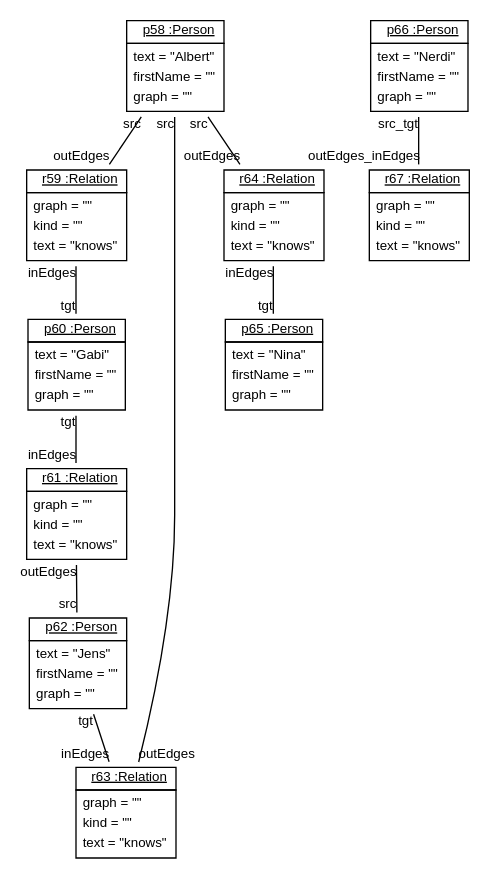
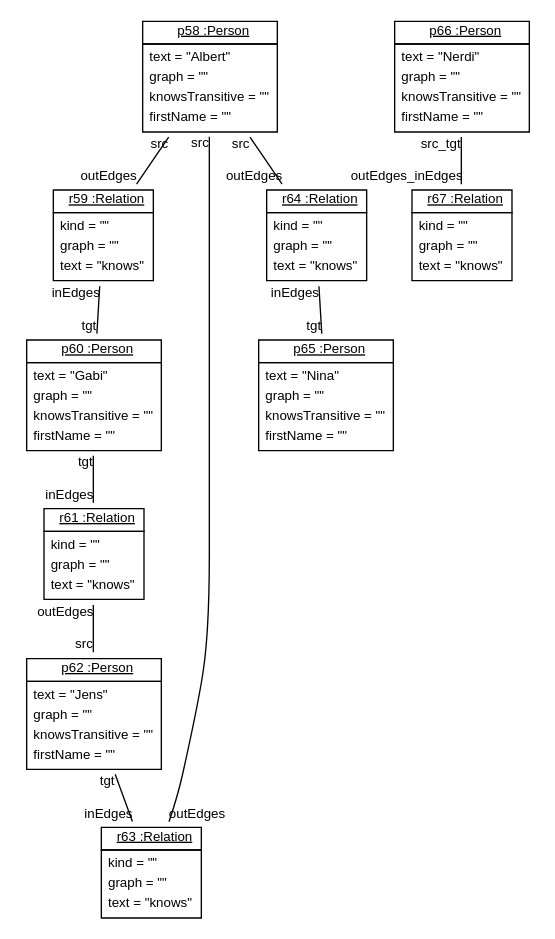
The diagram in doc/BanfM2MTransformation20.dot (fujaba/SDMLib), drawn with Graphviz before and after one commit. The commit also changed 222 other files, not shown here.

```diff
--- a/doc/BanfM2MTransformation20.dot
+++ b/doc/BanfM2MTransformation20.dot
@@ -1,26 +1,26 @@
 graph ObjectDiagram {
    node [shape = none, fontsize = 10, fontname = "Arial"];
    edge [fontsize = 10, fontname = "Arial"];
    compound=true;
 
-p58 [label=<<table border='0' cellborder='1' cellspacing='0'> <tr> <td href="../examples/org/sdmlib/examples/m2m/Person.java"> <u>p58 :Person</u></td></tr><tr><td><table border='0' cellborder='0' cellspacing='0'><tr><td align='left'>text = "Albert"</td></tr><tr><td align='left'>firstName = ""</td></tr><tr><td align='left'>graph = ""</td></tr></table></td></tr></table>>];
-r59 [label=<<table border='0' cellborder='1' cellspacing='0'> <tr> <td href="../examples/org/sdmlib/examples/m2m/Relation.java"> <u>r59 :Relation</u></td></tr><tr><td><table border='0' cellborder='0' cellspacing='0'><tr><td align='left'>graph = ""</td></tr><tr><td align='left'>kind = ""</td></tr><tr><td align='left'>text = "knows"</td></tr></table></td></tr></table>>];
-p60 [label=<<table border='0' cellborder='1' cellspacing='0'> <tr> <td href="../examples/org/sdmlib/examples/m2m/Person.java"> <u>p60 :Person</u></td></tr><tr><td><table border='0' cellborder='0' cellspacing='0'><tr><td align='left'>text = "Gabi"</td></tr><tr><td align='left'>firstName = ""</td></tr><tr><td align='left'>graph = ""</td></tr></table></td></tr></table>>];
-r61 [label=<<table border='0' cellborder='1' cellspacing='0'> <tr> <td href="../examples/org/sdmlib/examples/m2m/Relation.java"> <u>r61 :Relation</u></td></tr><tr><td><table border='0' cellborder='0' cellspacing='0'><tr><td align='left'>graph = ""</td></tr><tr><td align='left'>kind = ""</td></tr><tr><td align='left'>text = "knows"</td></tr></table></td></tr></table>>];
-p62 [label=<<table border='0' cellborder='1' cellspacing='0'> <tr> <td href="../examples/org/sdmlib/examples/m2m/Person.java"> <u>p62 :Person</u></td></tr><tr><td><table border='0' cellborder='0' cellspacing='0'><tr><td align='left'>text = "Jens"</td></tr><tr><td align='left'>firstName = ""</td></tr><tr><td align='left'>graph = ""</td></tr></table></td></tr></table>>];
-r63 [label=<<table border='0' cellborder='1' cellspacing='0'> <tr> <td href="../examples/org/sdmlib/examples/m2m/Relation.java"> <u>r63 :Relation</u></td></tr><tr><td><table border='0' cellborder='0' cellspacing='0'><tr><td align='left'>graph = ""</td></tr><tr><td align='left'>kind = ""</td></tr><tr><td align='left'>text = "knows"</td></tr></table></td></tr></table>>];
-r64 [label=<<table border='0' cellborder='1' cellspacing='0'> <tr> <td href="../examples/org/sdmlib/examples/m2m/Relation.java"> <u>r64 :Relation</u></td></tr><tr><td><table border='0' cellborder='0' cellspacing='0'><tr><td align='left'>graph = ""</td></tr><tr><td align='left'>kind = ""</td></tr><tr><td align='left'>text = "knows"</td></tr></table></td></tr></table>>];
-p65 [label=<<table border='0' cellborder='1' cellspacing='0'> <tr> <td href="../examples/org/sdmlib/examples/m2m/Person.java"> <u>p65 :Person</u></td></tr><tr><td><table border='0' cellborder='0' cellspacing='0'><tr><td align='left'>text = "Nina"</td></tr><tr><td align='left'>firstName = ""</td></tr><tr><td align='left'>graph = ""</td></tr></table></td></tr></table>>];
-p66 [label=<<table border='0' cellborder='1' cellspacing='0'> <tr> <td href="../examples/org/sdmlib/examples/m2m/Person.java"> <u>p66 :Person</u></td></tr><tr><td><table border='0' cellborder='0' cellspacing='0'><tr><td align='left'>text = "Nerdi"</td></tr><tr><td align='left'>firstName = ""</td></tr><tr><td align='left'>graph = ""</td></tr></table></td></tr></table>>];
-r67 [label=<<table border='0' cellborder='1' cellspacing='0'> <tr> <td href="../examples/org/sdmlib/examples/m2m/Relation.java"> <u>r67 :Relation</u></td></tr><tr><td><table border='0' cellborder='0' cellspacing='0'><tr><td align='left'>graph = ""</td></tr><tr><td align='left'>kind = ""</td></tr><tr><td align='left'>text = "knows"</td></tr></table></td></tr></table>>];
+p58 [label=<<table border='0' cellborder='1' cellspacing='0'> <tr> <td href="../examples/org/sdmlib/examples/m2m/Person.java"> <u>p58 :Person</u></td></tr><tr><td><table border='0' cellborder='0' cellspacing='0'><tr><td align='left'>text = "Albert"</td></tr><tr><td align='left'>graph = ""</td></tr><tr><td align='left'>knowsTransitive = ""</td></tr><tr><td align='left'>firstName = ""</td></tr></table></td></tr></table>>];
+r59 [label=<<table border='0' cellborder='1' cellspacing='0'> <tr> <td href="../examples/org/sdmlib/examples/m2m/Relation.java"> <u>r59 :Relation</u></td></tr><tr><td><table border='0' cellborder='0' cellspacing='0'><tr><td align='left'>kind = ""</td></tr><tr><td align='left'>graph = ""</td></tr><tr><td align='left'>text = "knows"</td></tr></table></td></tr></table>>];
+p60 [label=<<table border='0' cellborder='1' cellspacing='0'> <tr> <td href="../examples/org/sdmlib/examples/m2m/Person.java"> <u>p60 :Person</u></td></tr><tr><td><table border='0' cellborder='0' cellspacing='0'><tr><td align='left'>text = "Gabi"</td></tr><tr><td align='left'>graph = ""</td></tr><tr><td align='left'>knowsTransitive = ""</td></tr><tr><td align='left'>firstName = ""</td></tr></table></td></tr></table>>];
+r61 [label=<<table border='0' cellborder='1' cellspacing='0'> <tr> <td href="../examples/org/sdmlib/examples/m2m/Relation.java"> <u>r61 :Relation</u></td></tr><tr><td><table border='0' cellborder='0' cellspacing='0'><tr><td align='left'>kind = ""</td></tr><tr><td align='left'>graph = ""</td></tr><tr><td align='left'>text = "knows"</td></tr></table></td></tr></table>>];
+p62 [label=<<table border='0' cellborder='1' cellspacing='0'> <tr> <td href="../examples/org/sdmlib/examples/m2m/Person.java"> <u>p62 :Person</u></td></tr><tr><td><table border='0' cellborder='0' cellspacing='0'><tr><td align='left'>text = "Jens"</td></tr><tr><td align='left'>graph = ""</td></tr><tr><td align='left'>knowsTransitive = ""</td></tr><tr><td align='left'>firstName = ""</td></tr></table></td></tr></table>>];
+r63 [label=<<table border='0' cellborder='1' cellspacing='0'> <tr> <td href="../examples/org/sdmlib/examples/m2m/Relation.java"> <u>r63 :Relation</u></td></tr><tr><td><table border='0' cellborder='0' cellspacing='0'><tr><td align='left'>kind = ""</td></tr><tr><td align='left'>graph = ""</td></tr><tr><td align='left'>text = "knows"</td></tr></table></td></tr></table>>];
+r64 [label=<<table border='0' cellborder='1' cellspacing='0'> <tr> <td href="../examples/org/sdmlib/examples/m2m/Relation.java"> <u>r64 :Relation</u></td></tr><tr><td><table border='0' cellborder='0' cellspacing='0'><tr><td align='left'>kind = ""</td></tr><tr><td align='left'>graph = ""</td></tr><tr><td align='left'>text = "knows"</td></tr></table></td></tr></table>>];
+p65 [label=<<table border='0' cellborder='1' cellspacing='0'> <tr> <td href="../examples/org/sdmlib/examples/m2m/Person.java"> <u>p65 :Person</u></td></tr><tr><td><table border='0' cellborder='0' cellspacing='0'><tr><td align='left'>text = "Nina"</td></tr><tr><td align='left'>graph = ""</td></tr><tr><td align='left'>knowsTransitive = ""</td></tr><tr><td align='left'>firstName = ""</td></tr></table></td></tr></table>>];
+p66 [label=<<table border='0' cellborder='1' cellspacing='0'> <tr> <td href="../examples/org/sdmlib/examples/m2m/Person.java"> <u>p66 :Person</u></td></tr><tr><td><table border='0' cellborder='0' cellspacing='0'><tr><td align='left'>text = "Nerdi"</td></tr><tr><td align='left'>graph = ""</td></tr><tr><td align='left'>knowsTransitive = ""</td></tr><tr><td align='left'>firstName = ""</td></tr></table></td></tr></table>>];
+r67 [label=<<table border='0' cellborder='1' cellspacing='0'> <tr> <td href="../examples/org/sdmlib/examples/m2m/Relation.java"> <u>r67 :Relation</u></td></tr><tr><td><table border='0' cellborder='0' cellspacing='0'><tr><td align='left'>kind = ""</td></tr><tr><td align='left'>graph = ""</td></tr><tr><td align='left'>text = "knows"</td></tr></table></td></tr></table>>];
 
 p58 -- r59 [headlabel = "outEdges" taillabel = "src"];
 p58 -- r63 [headlabel = "outEdges" taillabel = "src"];
 p58 -- r64 [headlabel = "outEdges" taillabel = "src"];
 r59 -- p60 [headlabel = "tgt" taillabel = "inEdges"];
 p60 -- r61 [headlabel = "inEdges" taillabel = "tgt"];
 r61 -- p62 [headlabel = "src" taillabel = "outEdges"];
 p62 -- r63 [headlabel = "inEdges" taillabel = "tgt"];
 r64 -- p65 [headlabel = "tgt" taillabel = "inEdges"];
 p66 -- r67 [headlabel = "outEdges_inEdges" taillabel = "src_tgt"];
 }
```
